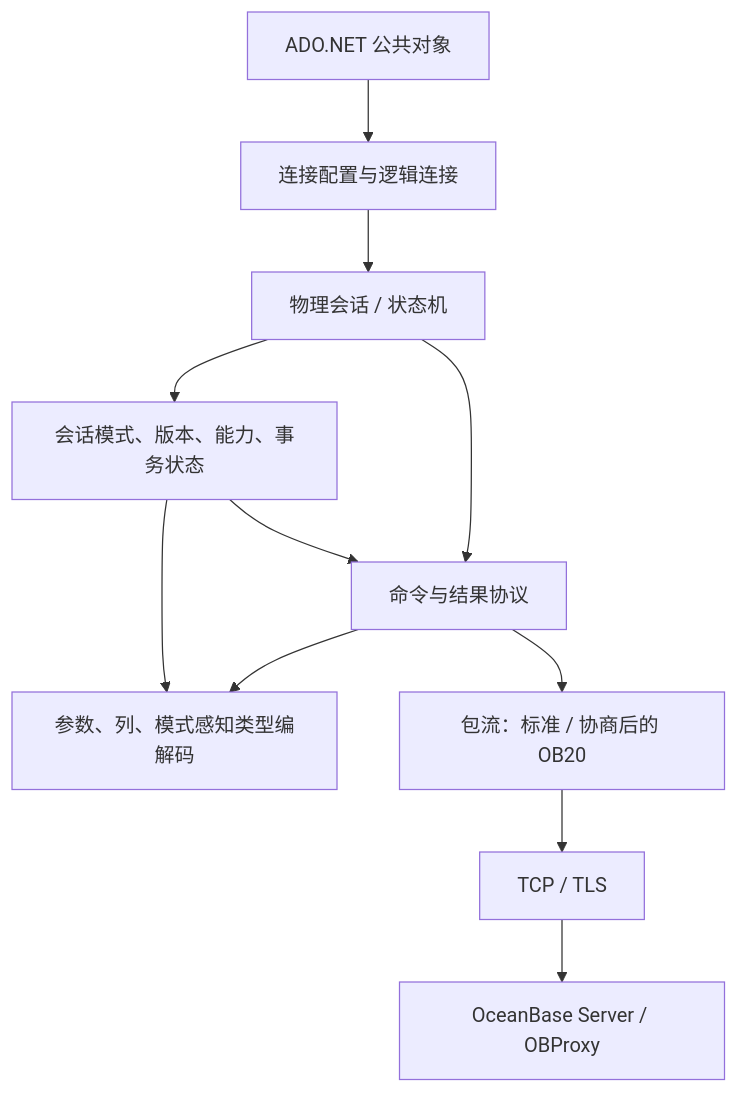
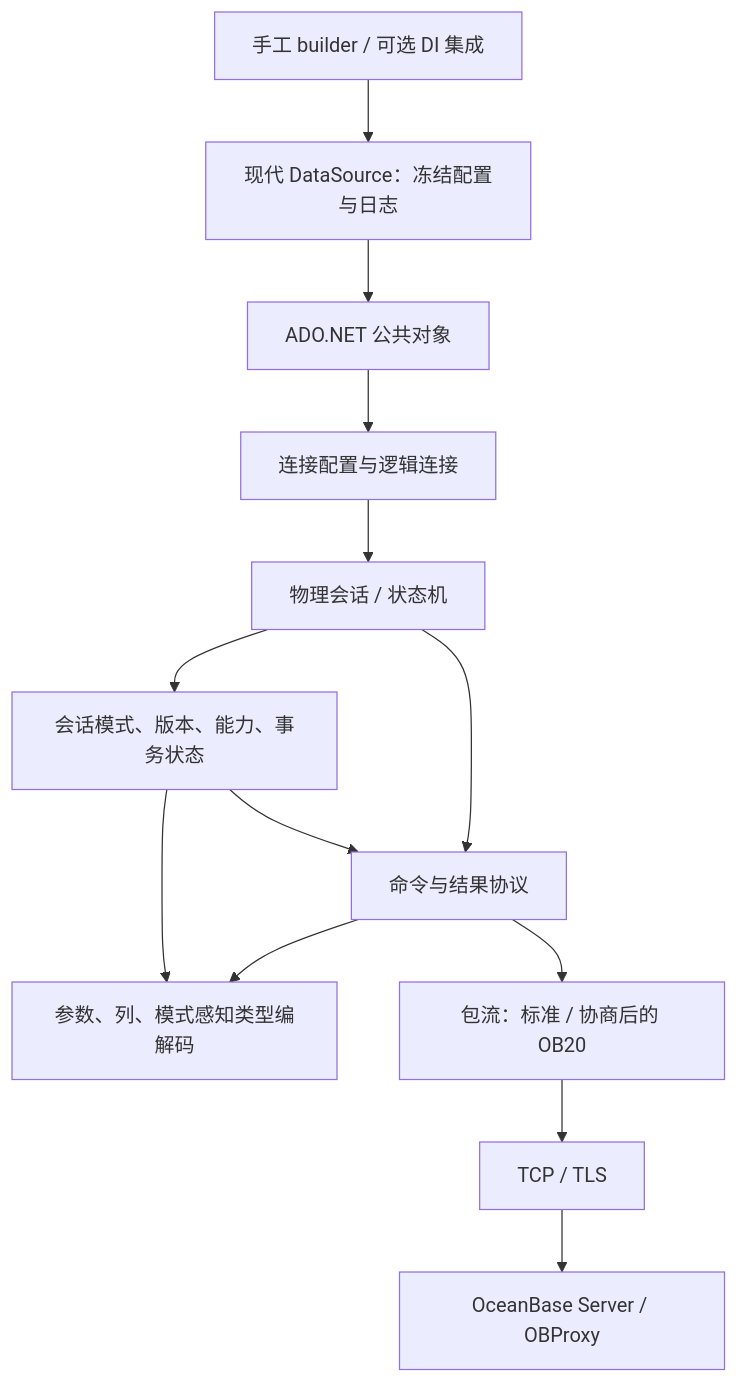
One commit to cocosip/obconnector-dotnet changed the second of 2 diagrams in docs/obconnector-dotnet-architecture-design.md. Above: the diagram before and after it, drawn with Mermaid. The commit also changed other lines of this file and 2 other files, not shown here.

First line of the commit message:
📝 docs(architecture): integrate unified data source, DI, and logging design

````diff
--- a/docs/obconnector-dotnet-architecture-design.md
+++ b/docs/obconnector-dotnet-architecture-design.md
@@ -42,13 +155,15 @@
 ```mermaid
 flowchart TD
+  J[手工 builder / 可选 DI 集成] --> K[现代 DataSource：冻结配置与日志]
+  K --> A
   A[ADO.NET 公共对象] --> B[连接配置与逻辑连接]
   B --> C[物理会话 / 状态机]
   C --> D[命令与结果协议]
   D --> E[参数、列、模式感知类型编解码]
   D --> F[包流：标准 / 协商后的 OB20]
   F --> G[TCP / TLS]
   G --> H[OceanBase Server / OBProxy]
   C --> I[会话模式、版本、能力、事务状态]
   I --> D
   I --> E
 ```
````
